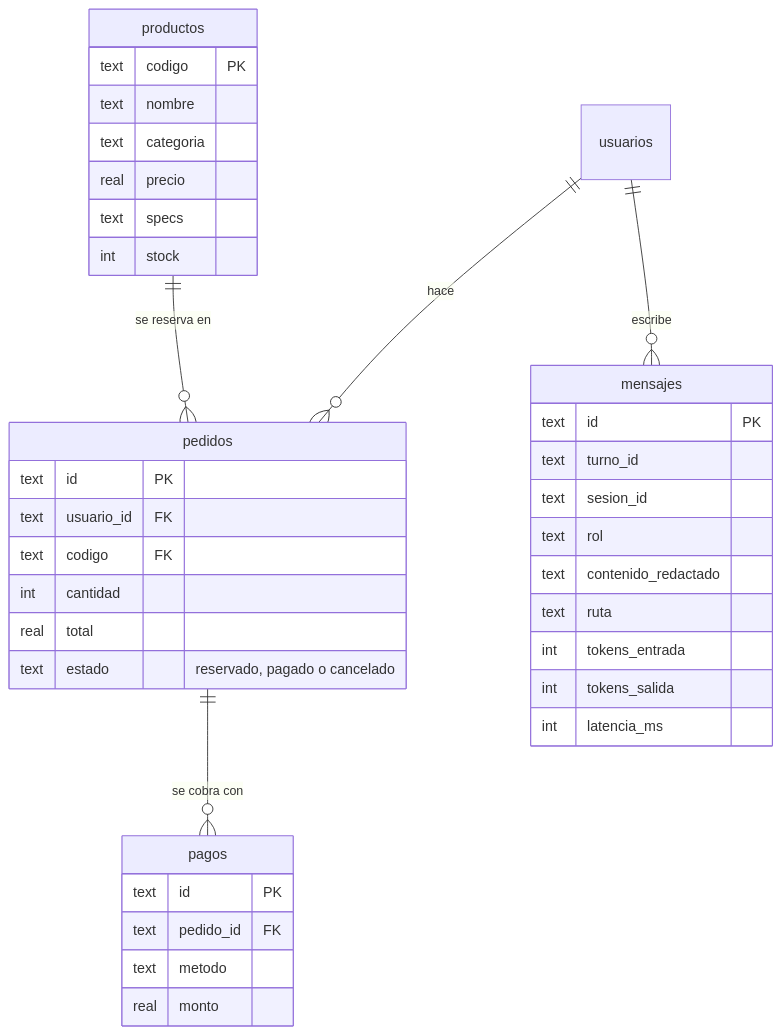
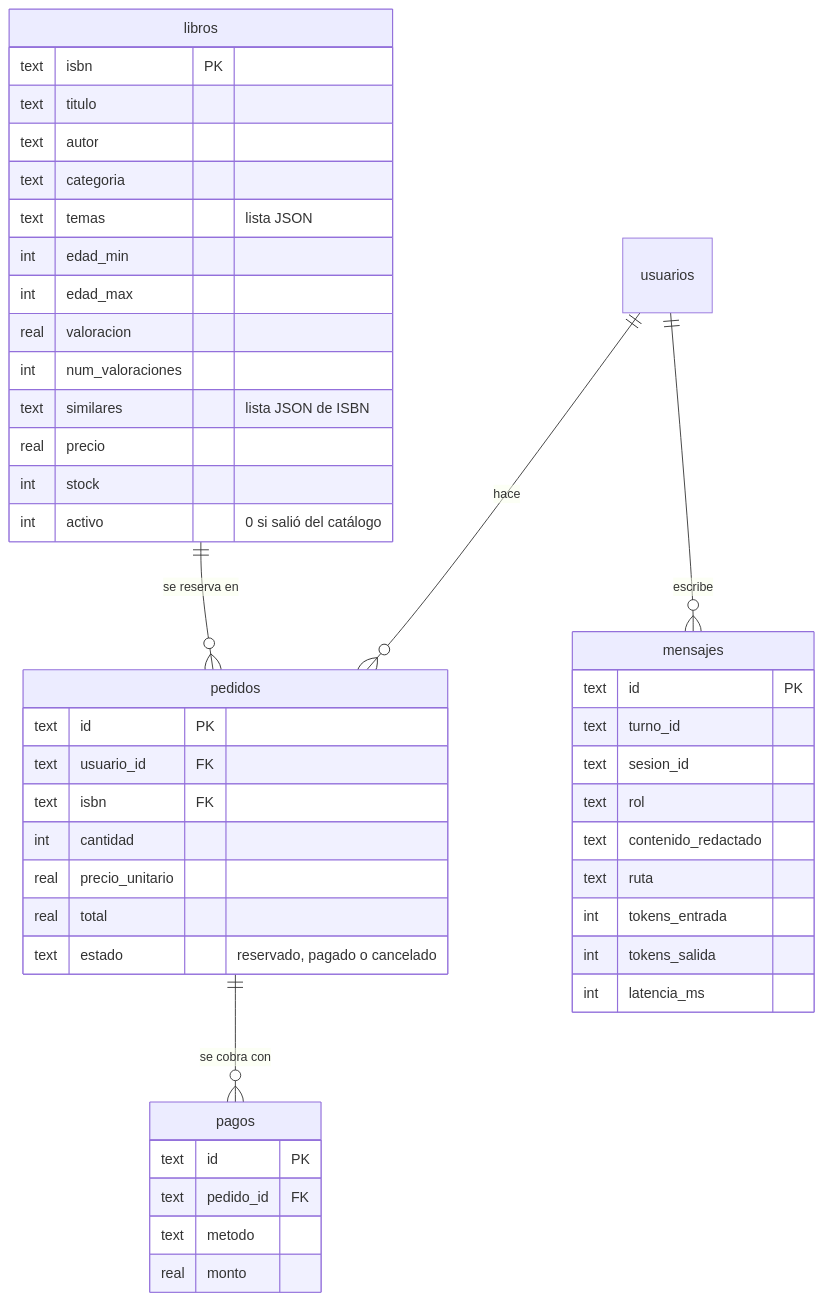
One commit to MechatronicCoder/chatbot-llm-rag changed the fourth of 4 diagrams in docs/arquitectura.md. Above: the diagram before and after it, drawn with Mermaid. The commit also changed other lines of this file and 76 other files, not shown here.

First line of the commit message:
feat: catálogo de libros y recomendador híbrido

````diff
--- a/docs/arquitectura.md
+++ b/docs/arquitectura.md
@@ -96,40 +136,48 @@
 ```mermaid
 erDiagram
-    productos ||--o{ pedidos : "se reserva en"
+    libros ||--o{ pedidos : "se reserva en"
     usuarios ||--o{ pedidos : "hace"
     pedidos ||--o{ pagos : "se cobra con"
     usuarios ||--o{ mensajes : "escribe"
-    productos {
-        text codigo PK
-        text nombre
+    libros {
+        text isbn PK
+        text titulo
+        text autor
         text categoria
+        text temas "lista JSON"
+        int edad_min
+        int edad_max
+        real valoracion
+        int num_valoraciones
+        text similares "lista JSON de ISBN"
         real precio
-        text specs
         int stock
+        int activo "0 si salió del catálogo"
     }
     pedidos {
         text id PK
         text usuario_id FK
-        text codigo FK
+        text isbn FK
         int cantidad
+        real precio_unitario
         real total
         text estado "reservado, pagado o cancelado"
     }
     pagos {
         text id PK
         text pedido_id FK
         text metodo
         real monto
     }
     mensajes {
         text id PK
         text turno_id
         text sesion_id
         text rol
         text contenido_redactado
         text ruta
         int tokens_entrada
         int tokens_salida
         int latencia_ms
     }
 ```
````
